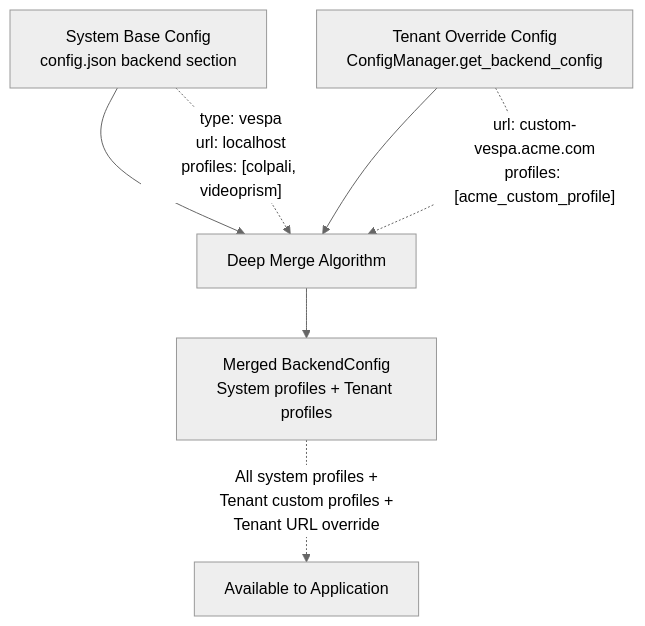
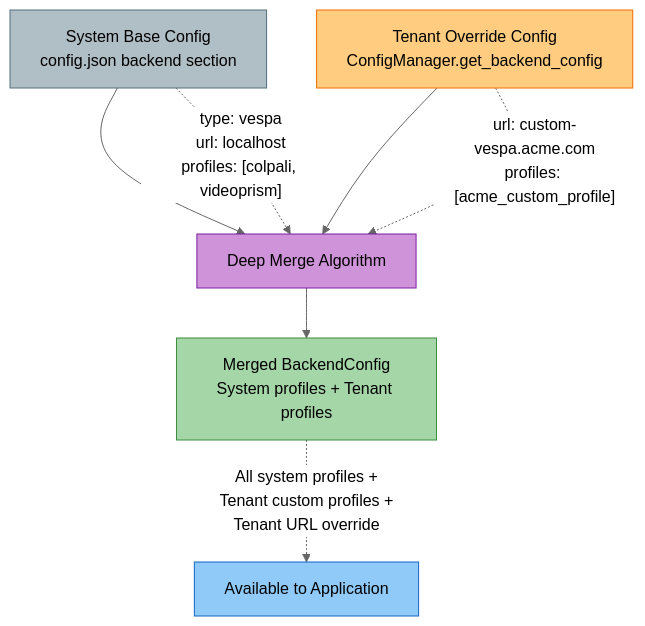
One commit to amit-jain/cogniverse changed the second of 9 diagrams in docs/modules/backends.md. Above: the diagram before and after it, drawn with Mermaid (neutral theme). The commit also changed other lines of this file and 83 other files, not shown here.

First line of the commit message:
Fix documentation veracity, formatting, and diagrams across all modules

````diff
--- a/docs/modules/backends.md
+++ b/docs/modules/backends.md
@@ -281,10 +312,16 @@
 ```mermaid
-graph TB
-    SystemConfig[System Base Config<br/>config.json backend section] --> Merge[Deep Merge Algorithm]
-    TenantConfig[Tenant Override Config<br/>ConfigManager.get_backend_config] --> Merge
-    Merge --> MergedConfig[Merged BackendConfig<br/>System profiles + Tenant profiles]
+flowchart TB
+    SystemConfig["<span style='color:#000'>System Base Config<br/>config.json backend section</span>"] --> Merge["<span style='color:#000'>Deep Merge Algorithm</span>"]
+    TenantConfig["<span style='color:#000'>Tenant Override Config<br/>ConfigManager.get_backend_config</span>"] --> Merge
+    Merge --> MergedConfig["<span style='color:#000'>Merged BackendConfig<br/>System profiles + Tenant profiles</span>"]
 
     SystemConfig -.->|"type: vespa<br/>url: localhost<br/>profiles: [colpali, videoprism]"| Merge
     TenantConfig -.->|"url: custom-vespa.acme.com<br/>profiles: [acme_custom_profile]"| Merge
-    MergedConfig -.->|"All system profiles +<br/>Tenant custom profiles +<br/>Tenant URL override"| Result[Available to Application]
+    MergedConfig -.->|"All system profiles +<br/>Tenant custom profiles +<br/>Tenant URL override"| Result["<span style='color:#000'>Available to Application</span>"]
+
+    style SystemConfig fill:#b0bec5,stroke:#546e7a,color:#000
+    style TenantConfig fill:#ffcc80,stroke:#ef6c00,color:#000
+    style Merge fill:#ce93d8,stroke:#7b1fa2,color:#000
+    style MergedConfig fill:#a5d6a7,stroke:#388e3c,color:#000
+    style Result fill:#90caf9,stroke:#1565c0,color:#000
 ```
````
